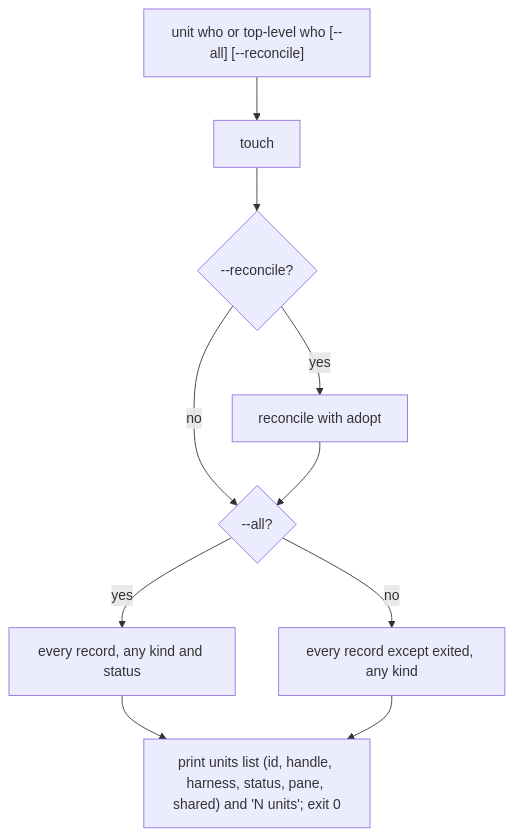
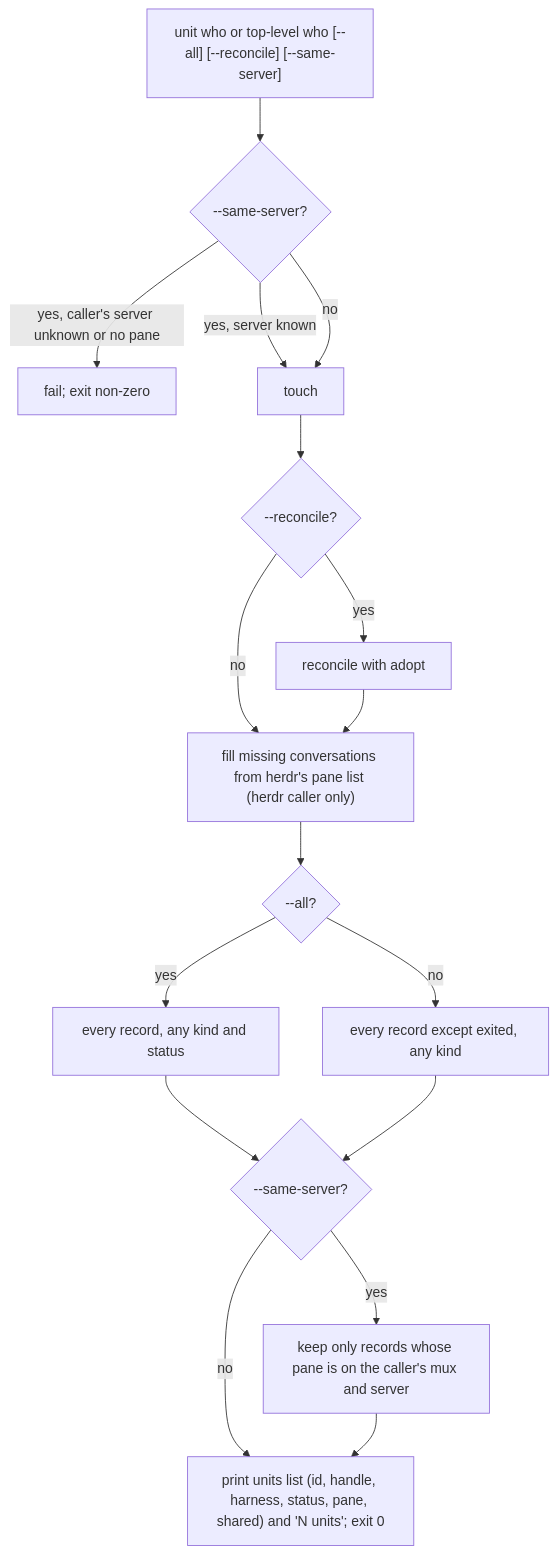
Before and after one commit to cyberuni/cyberlegion: the seventh of 13 diagrams in packages/cyberlegion/.agents/spec/unit/registry/README.md, drawn with Mermaid. The commit also changed other lines of this file and 17 other files, not shown here.

First line of the commit message:
feat: record the multiplexer server and fill conversation from herdr on a unit's pane record (#287)

````diff
--- a/packages/cyberlegion/.agents/spec/unit/registry/README.md
+++ b/packages/cyberlegion/.agents/spec/unit/registry/README.md
@@ -639,12 +666,19 @@
 ```mermaid
 graph TD
-  WH0["unit who or top-level who [--all] [--reconcile]"] --> WH1["touch"]
+  WH0["unit who or top-level who [--all] [--reconcile] [--same-server]"] --> WHS{"--same-server?"}
+  WHS -- "yes, caller's server unknown or no pane" --> WHF["fail; exit non-zero"]
+  WHS -- "yes, server known" --> WH1
+  WHS -- no --> WH1["touch"]
   WH1 --> WH2{"--reconcile?"}
   WH2 -- yes --> WH2R["reconcile with adopt"]
-  WH2 -- no --> WH3
-  WH2R --> WH3{"--all?"}
+  WH2 -- no --> WHC
+  WH2R --> WHC["fill missing conversations from herdr's pane list (herdr caller only)"]
+  WHC --> WH3{"--all?"}
   WH3 -- yes --> WH4["every record, any kind and status"]
   WH3 -- no --> WH5["every record except exited, any kind"]
-  WH4 --> WH6["print units list (id, handle, harness, status, pane, shared) and 'N units'; exit 0"]
-  WH5 --> WH6
+  WH4 --> WHK{"--same-server?"}
+  WH5 --> WHK
+  WHK -- yes --> WHL["keep only records whose pane is on the caller's mux and server"]
+  WHK -- no --> WH6["print units list (id, handle, harness, status, pane, shared) and 'N units'; exit 0"]
+  WHL --> WH6
 ```
````
